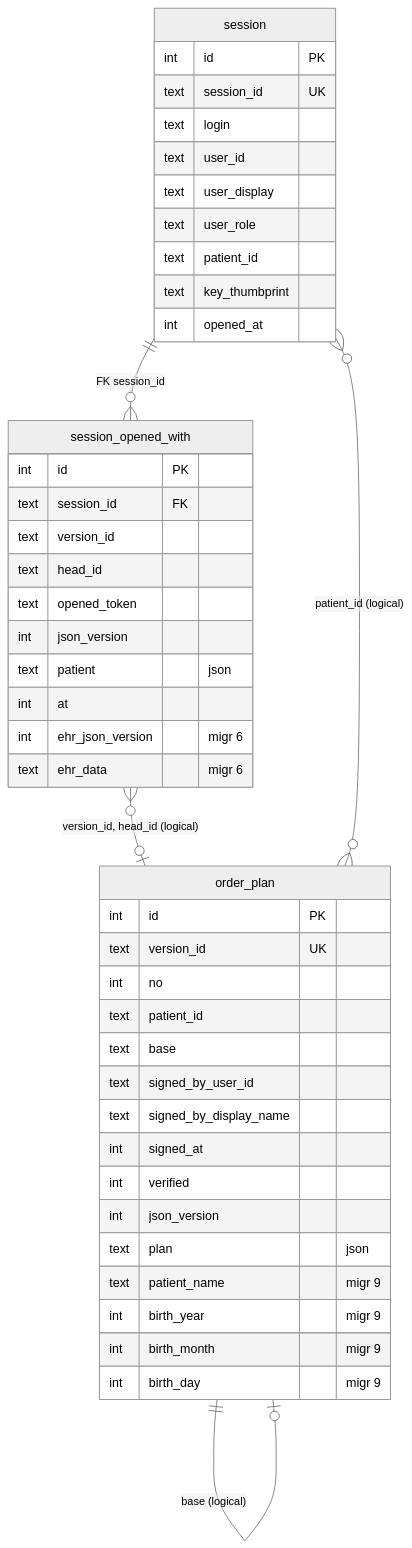
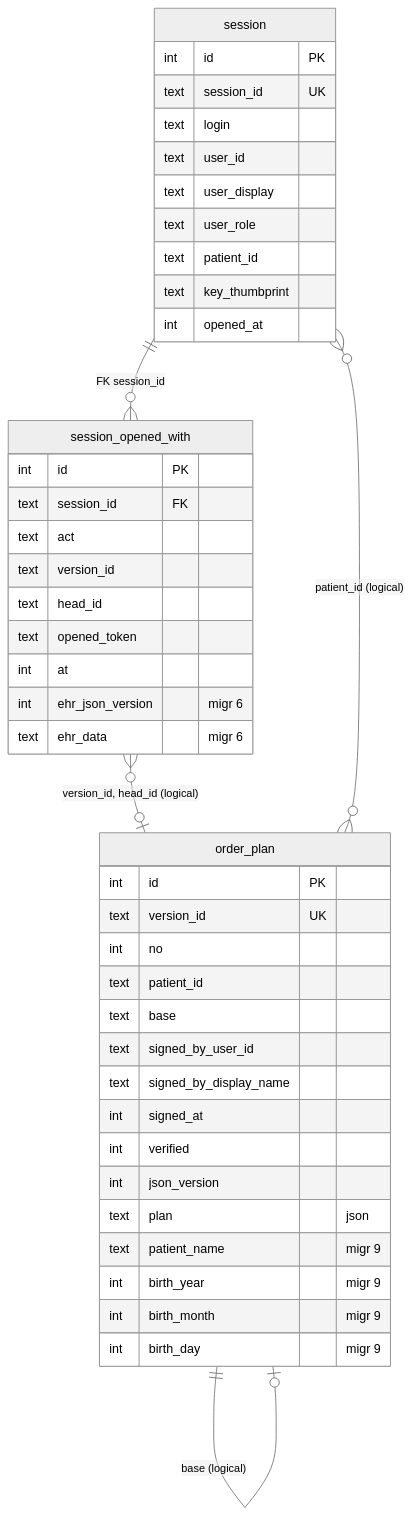
One commit to informedica/GenPRES changed the third of 6 diagrams in ARCHITECTURE.md. Above: the diagram before and after it, drawn with Mermaid (neutral theme). The commit also changed other lines of this file and 21 other files, not shown here.

````diff
--- a/ARCHITECTURE.md
+++ b/ARCHITECTURE.md
@@ -227,47 +227,46 @@
 ```mermaid
 erDiagram
     order_plan {
         int id PK
         text version_id UK
         int no
         text patient_id
         text base
         text signed_by_user_id
         text signed_by_display_name
         int signed_at
         int verified
         int json_version
         text plan "json"
         text patient_name "migr 9"
         int birth_year "migr 9"
         int birth_month "migr 9"
         int birth_day "migr 9"
     }
     session {
         int id PK
         text session_id UK
         text login
         text user_id
         text user_display
         text user_role
         text patient_id
         text key_thumbprint
         int opened_at
     }
     session_opened_with {
         int id PK
         text session_id FK
+        text act
         text version_id
         text head_id
         text opened_token
-        int json_version
-        text patient "json"
         int at
         int ehr_json_version "migr 6"
         text ehr_data "migr 6"
     }
     session ||--o{ session_opened_with : "FK session_id"
     order_plan ||--o| order_plan : "base (logical)"
     session_opened_with }o--o| order_plan : "version_id, head_id (logical)"
     session }o--o{ order_plan : "patient_id (logical)"
 ```
````
